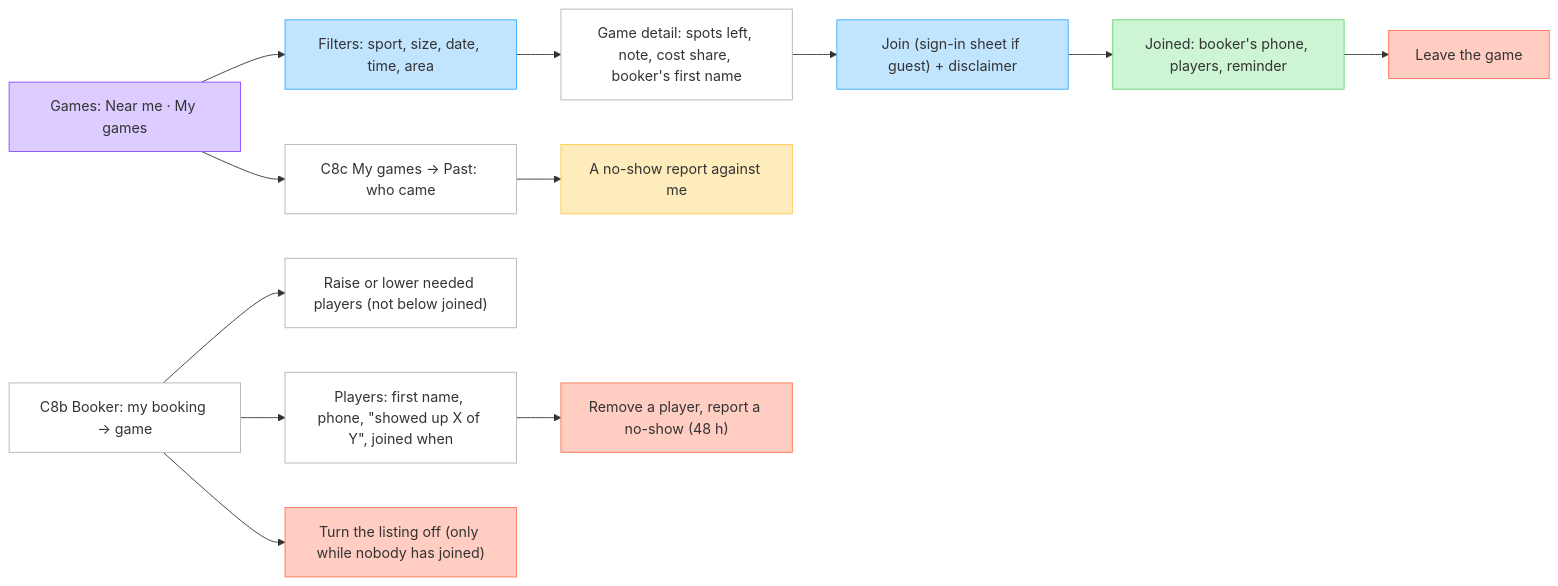
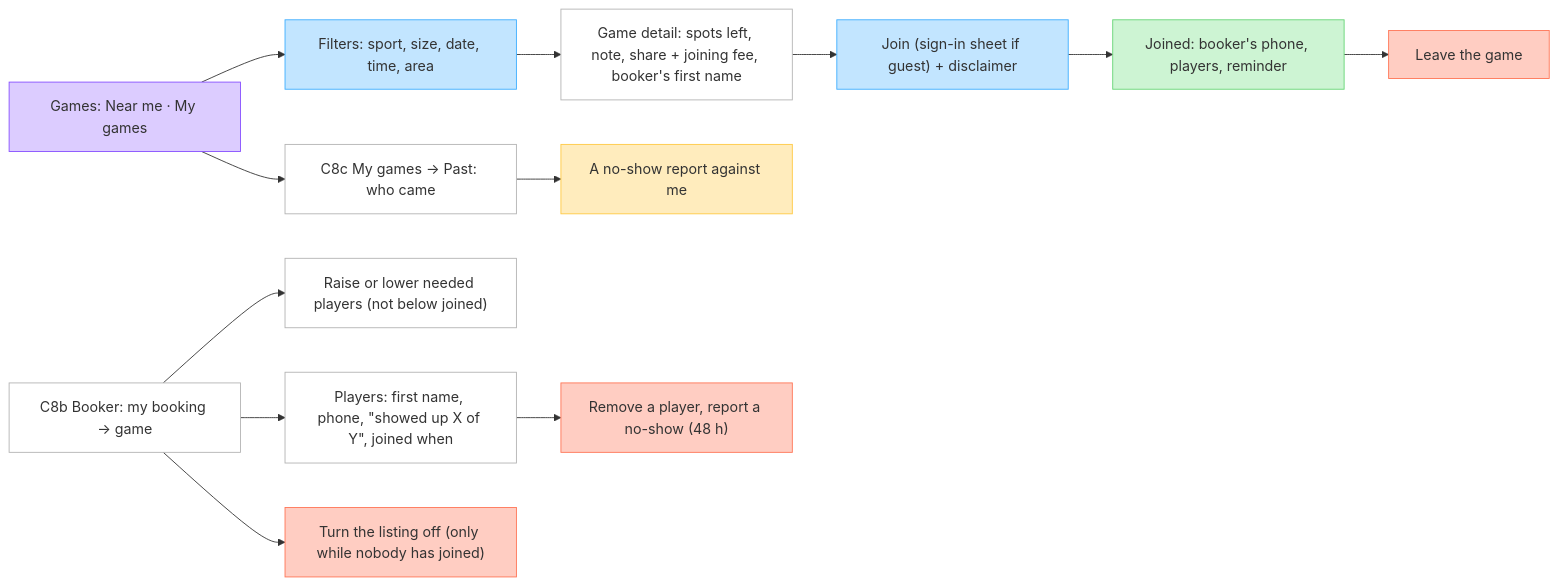
Before and after one commit to ammarsarhan/hagz: the ninth of 30 diagrams in docs/flows.md, drawn with Mermaid. The commit also changed other lines of this file and 2 other files, not shown here.

Commit message:
Change open-game money: prepaid bookings only, share to the booker plus a 10% joining fee the venue collects for Hagz

````diff
--- a/docs/flows.md
+++ b/docs/flows.md
@@ -177,17 +177,17 @@
 ```mermaid
 flowchart LR
   classDef default fill:#FFFFFF,stroke:#B3B3B3
   classDef hub fill:#DCCCFF,stroke:#874FFF
   classDef sheet fill:#C2E5FF,stroke:#3DADFF
   classDef state fill:#FFECBD,stroke:#FFC943
   classDef result fill:#CDF4D3,stroke:#66D575
   classDef danger fill:#FFCDC2,stroke:#FF7556
-  tab["Games: Near me · My games"]:::hub --> filters["Filters: sport, size, date, time, area"]:::sheet --> game["Game detail: spots left, note, cost share, booker's first name"]
+  tab["Games: Near me · My games"]:::hub --> filters["Filters: sport, size, date, time, area"]:::sheet --> game["Game detail: spots left, note, share + joining fee, booker's first name"]
   game --> join["Join (sign-in sheet if guest) + disclaimer"]:::sheet --> joined["Joined: booker's phone, players, reminder"]:::result
   joined --> leave["Leave the game"]:::danger
   tab --> history["C8c My games → Past: who came"] --> report["A no-show report against me"]:::state
   mine["C8b Booker: my booking → game"] --> needed["Raise or lower needed players (not below joined)"]
   mine --> roster["Players: first name, phone, #quot;showed up X of Y#quot;, joined when"]
   roster --> remove["Remove a player, report a no-show (48 h)"]:::danger
   mine --> off["Turn the listing off (only while nobody has joined)"]:::danger
 ```
````
